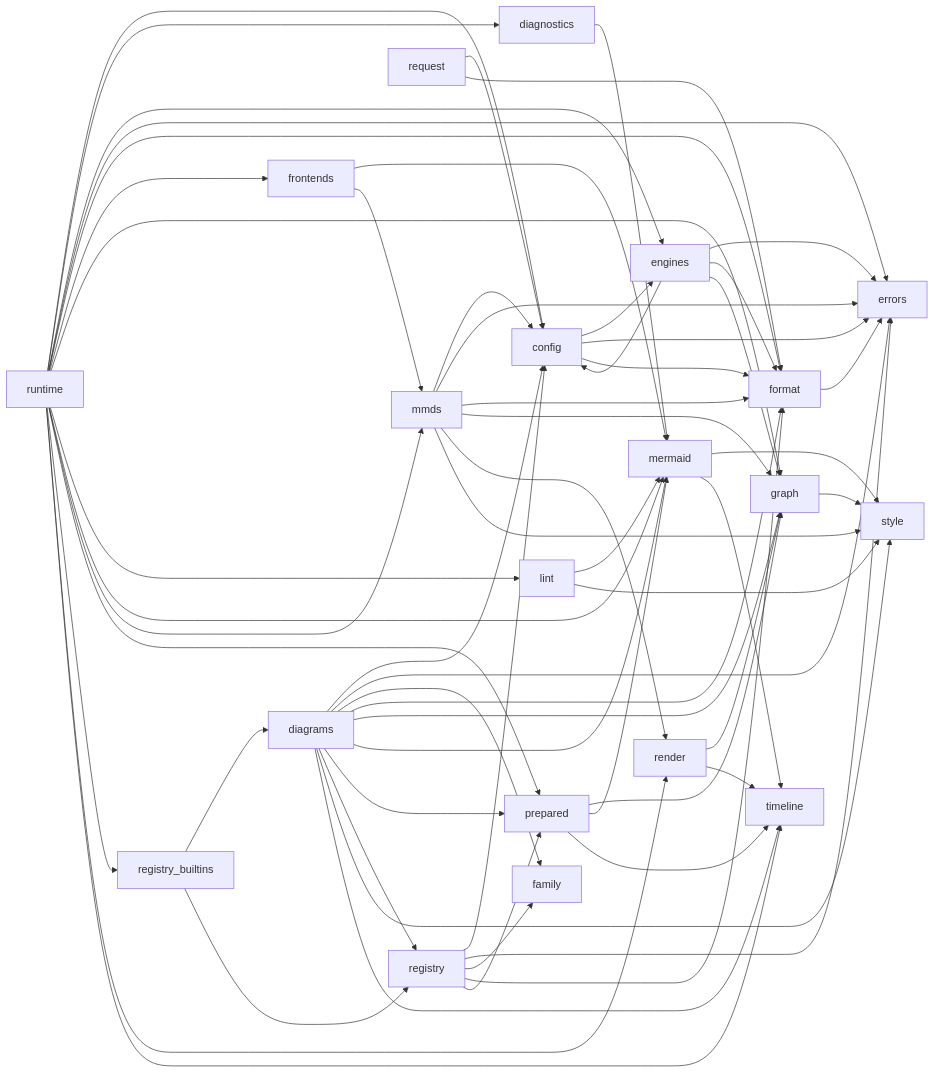
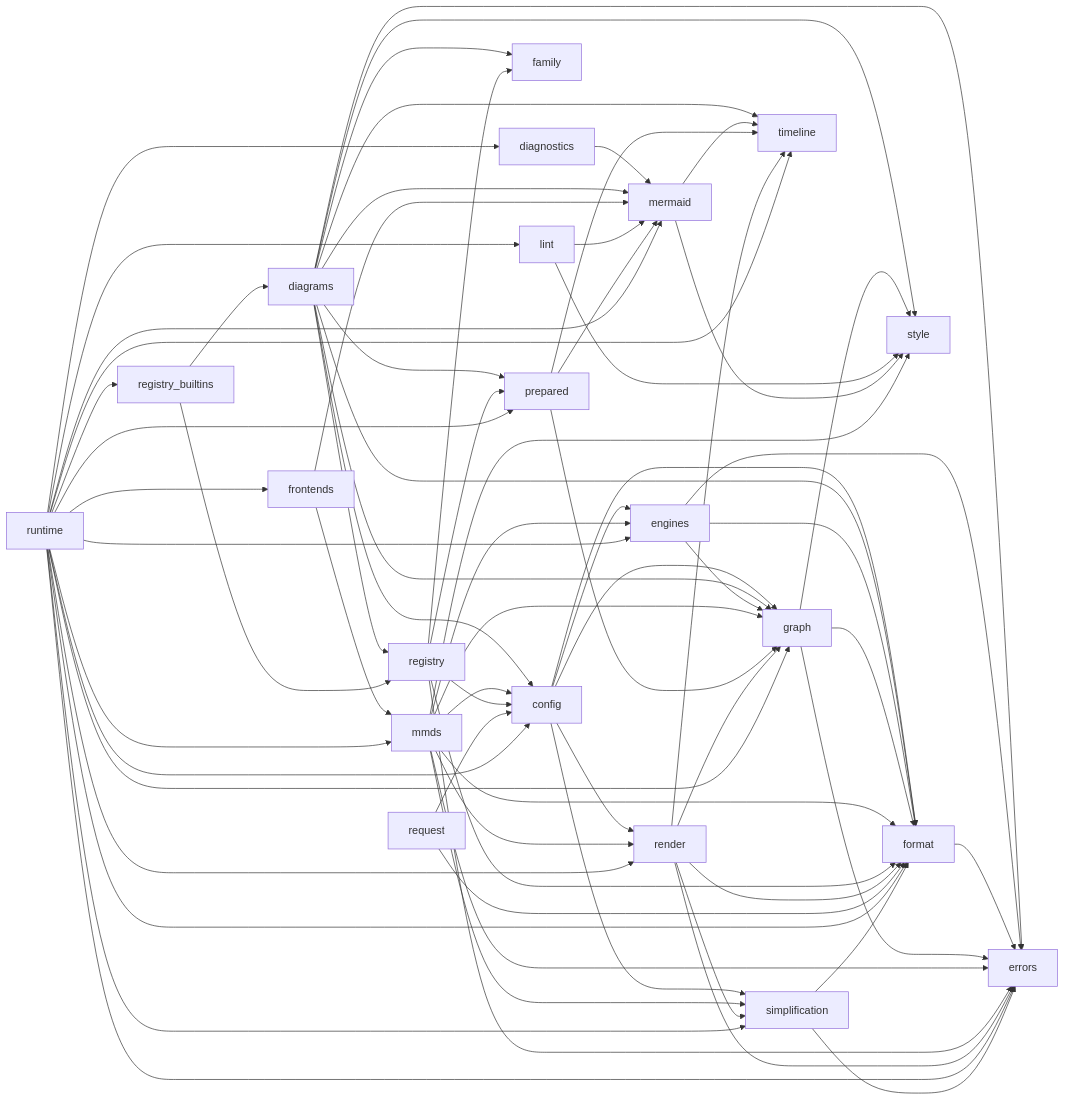
The diagram in docs/architecture/module-dependency-map.mmd (kevinswiber/mmdflux), drawn with Mermaid before and after one commit. The commit also changed 3 other files, not shown here.

Commit message:
Regenerate architecture dependency diagrams

```diff
--- a/docs/architecture/module-dependency-map.mmd
+++ b/docs/architecture/module-dependency-map.mmd
@@ -1,84 +1,96 @@
 %% Generated by scripts/generate-rust-module-deps.py
 %% crate-root: src/lib.rs
 %% max-depth: 1
 flowchart LR
     mod_config["config"]
     mod_diagnostics["diagnostics"]
     mod_diagrams["diagrams"]
     mod_engines["engines"]
     mod_errors["errors"]
     mod_family["family"]
     mod_format["format"]
     mod_frontends["frontends"]
     mod_graph["graph"]
     mod_lint["lint"]
     mod_mermaid["mermaid"]
     mod_mmds["mmds"]
     mod_prepared["prepared"]
     mod_registry["registry"]
     mod_registry_builtins["registry_builtins"]
     mod_render["render"]
     mod_request["request"]
     mod_runtime["runtime"]
+    mod_simplification["simplification"]
     mod_style["style"]
     mod_timeline["timeline"]
     mod_config --> mod_engines
-    mod_config --> mod_errors
     mod_config --> mod_format
+    mod_config --> mod_graph
+    mod_config --> mod_render
+    mod_config --> mod_simplification
     mod_diagnostics --> mod_mermaid
     mod_diagrams --> mod_config
     mod_diagrams --> mod_errors
     mod_diagrams --> mod_family
     mod_diagrams --> mod_format
     mod_diagrams --> mod_graph
     mod_diagrams --> mod_mermaid
     mod_diagrams --> mod_prepared
     mod_diagrams --> mod_registry
     mod_diagrams --> mod_style
     mod_diagrams --> mod_timeline
-    mod_engines --> mod_config
     mod_engines --> mod_errors
     mod_engines --> mod_format
     mod_engines --> mod_graph
     mod_format --> mod_errors
     mod_frontends --> mod_mermaid
     mod_frontends --> mod_mmds
+    mod_graph --> mod_errors
+    mod_graph --> mod_format
     mod_graph --> mod_style
     mod_lint --> mod_mermaid
     mod_lint --> mod_style
     mod_mermaid --> mod_style
     mod_mermaid --> mod_timeline
     mod_mmds --> mod_config
+    mod_mmds --> mod_engines
     mod_mmds --> mod_errors
     mod_mmds --> mod_format
     mod_mmds --> mod_graph
     mod_mmds --> mod_render
+    mod_mmds --> mod_simplification
     mod_mmds --> mod_style
     mod_prepared --> mod_graph
     mod_prepared --> mod_mermaid
     mod_prepared --> mod_timeline
     mod_registry --> mod_config
     mod_registry --> mod_errors
     mod_registry --> mod_family
     mod_registry --> mod_format
     mod_registry --> mod_prepared
     mod_registry_builtins --> mod_diagrams
     mod_registry_builtins --> mod_registry
+    mod_render --> mod_errors
+    mod_render --> mod_format
     mod_render --> mod_graph
+    mod_render --> mod_simplification
     mod_render --> mod_timeline
     mod_request --> mod_config
     mod_request --> mod_format
     mod_runtime --> mod_config
     mod_runtime --> mod_diagnostics
     mod_runtime --> mod_engines
     mod_runtime --> mod_errors
     mod_runtime --> mod_format
     mod_runtime --> mod_frontends
     mod_runtime --> mod_graph
     mod_runtime --> mod_lint
     mod_runtime --> mod_mermaid
     mod_runtime --> mod_mmds
     mod_runtime --> mod_prepared
     mod_runtime --> mod_registry_builtins
     mod_runtime --> mod_render
+    mod_runtime --> mod_simplification
     mod_runtime --> mod_timeline
+    mod_simplification --> mod_errors
+    mod_simplification --> mod_format
```
